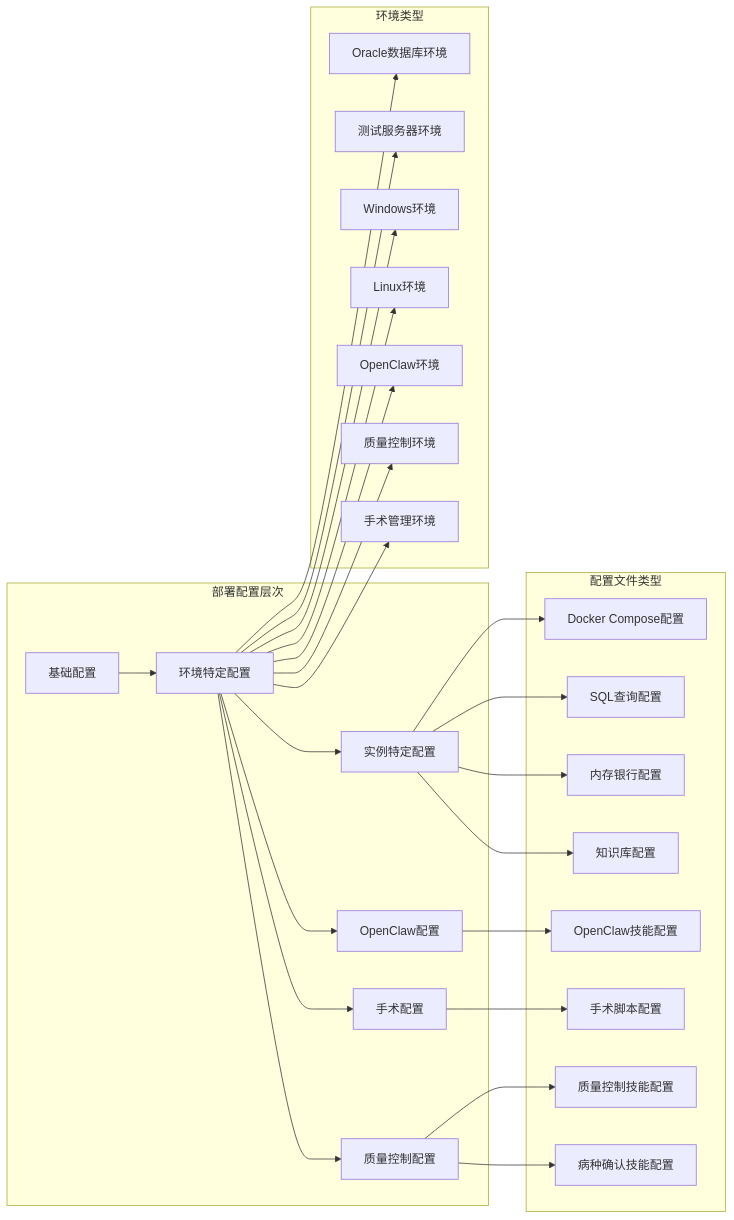
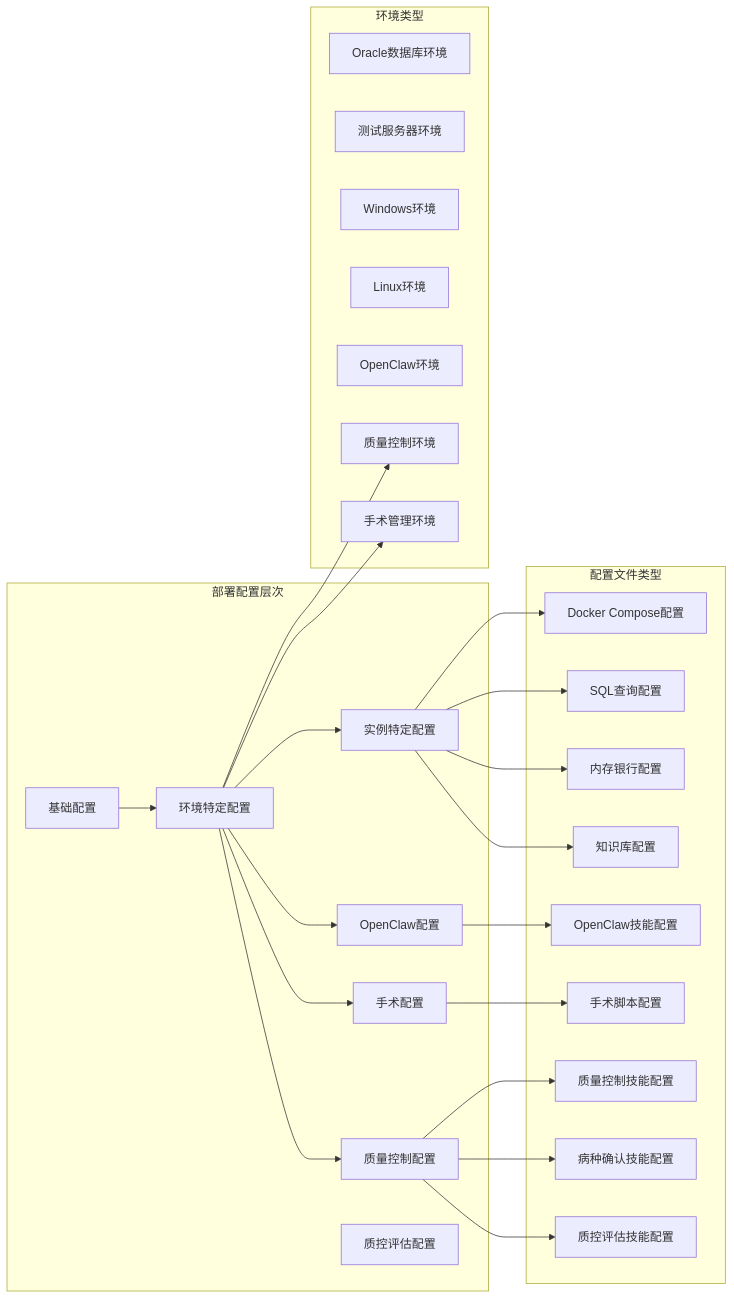
Diagram 19 of 19 in .qoder/repowiki/zh/content/Update Summary/Update Summary.md (liuzh2008/med_ai_assistant_workspace), drawn with Mermaid before and after one commit. The commit also changed other lines of this file and 5 other files, not shown here.

````diff
--- a/.qoder/repowiki/zh/content/Update Summary/Update Summary.md
+++ b/.qoder/repowiki/zh/content/Update Summary/Update Summary.md
@@ -1651,50 +1826,48 @@
 ```mermaid
 graph LR
 subgraph "部署配置层次"
 BaseConfig[基础配置]
 EnvSpecific[环境特定配置]
 InstanceSpecific[实例特定配置]
 OpenClawConfig[OpenClaw配置]
 SurgeryConfig[手术配置]
 QCConfig[质量控制配置]
+QCAssessmentConfig[质控评估配置]
 end
 subgraph "环境类型"
 Oracle[Oracle数据库环境]
 TestServer[测试服务器环境]
 Windows[Windows环境]
 Linux[Linux环境]
 OpenClawEnv[OpenClaw环境]
 QCEnv[质量控制环境]
 SurgeryEnv[手术管理环境]
 end
 subgraph "配置文件类型"
 DockerCompose[Docker Compose配置]
 SQLQueries[SQL查询配置]
 MemoryBank[内存银行配置]
 KnowledgeBase[知识库配置]
 OpenClawSkill[OpenClaw技能配置]
 SurgeryScript[手术脚本配置]
 QCSkill[质量控制技能配置]
 QCDiseaseConfirmSkill[病种确认技能配置]
+QCAssessmentSkill[质控评估技能配置]
 end
 BaseConfig --> EnvSpecific
 EnvSpecific --> InstanceSpecific
 EnvSpecific --> OpenClawConfig
 EnvSpecific --> SurgeryConfig
 EnvSpecific --> QCConfig
-EnvSpecific --> Oracle
-EnvSpecific --> TestServer
-EnvSpecific --> Windows
-EnvSpecific --> Linux
-EnvSpecific --> OpenClawEnv
 EnvSpecific --> QCEnv
 EnvSpecific --> SurgeryEnv
 InstanceSpecific --> DockerCompose
 InstanceSpecific --> SQLQueries
 InstanceSpecific --> MemoryBank
 InstanceSpecific --> KnowledgeBase
 OpenClawConfig --> OpenClawSkill
 SurgeryConfig --> SurgeryScript
 QCConfig --> QCSkill
 QCConfig --> QCDiseaseConfirmSkill
+QCConfig --> QCAssessmentSkill
 ```
````
